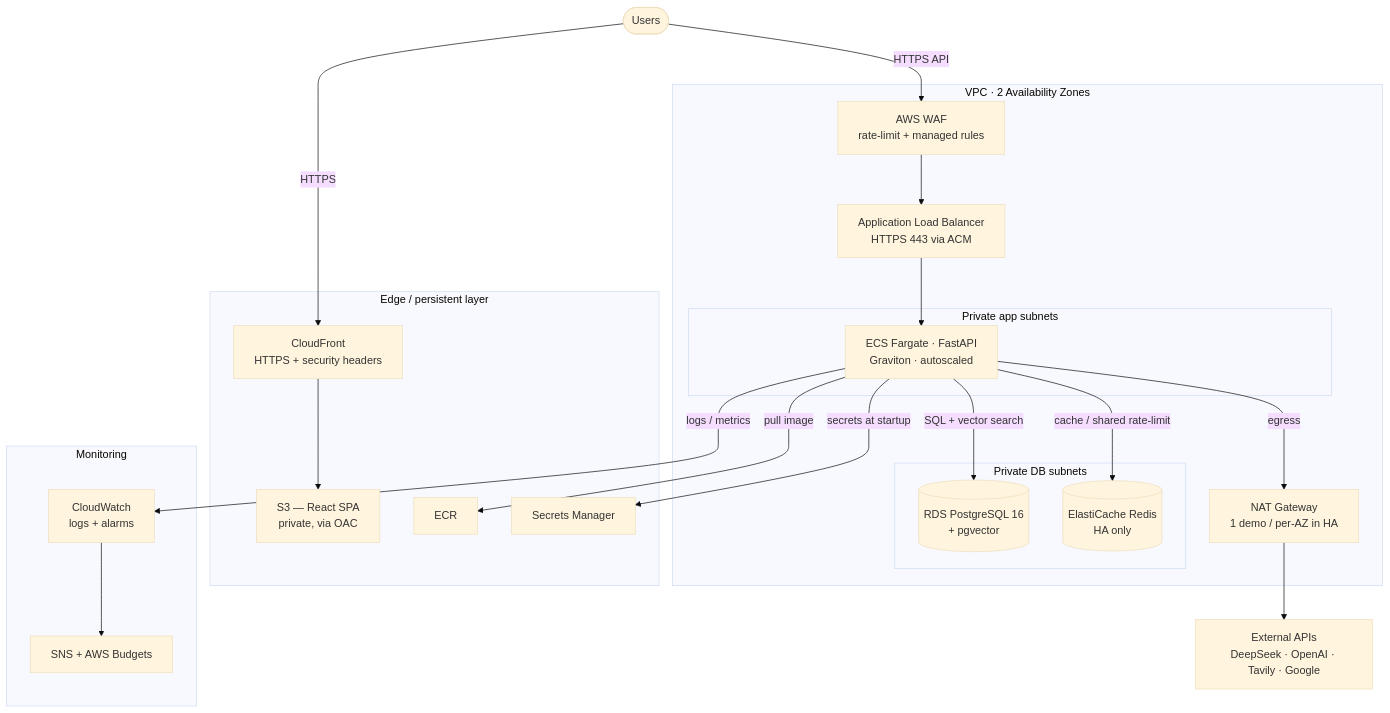
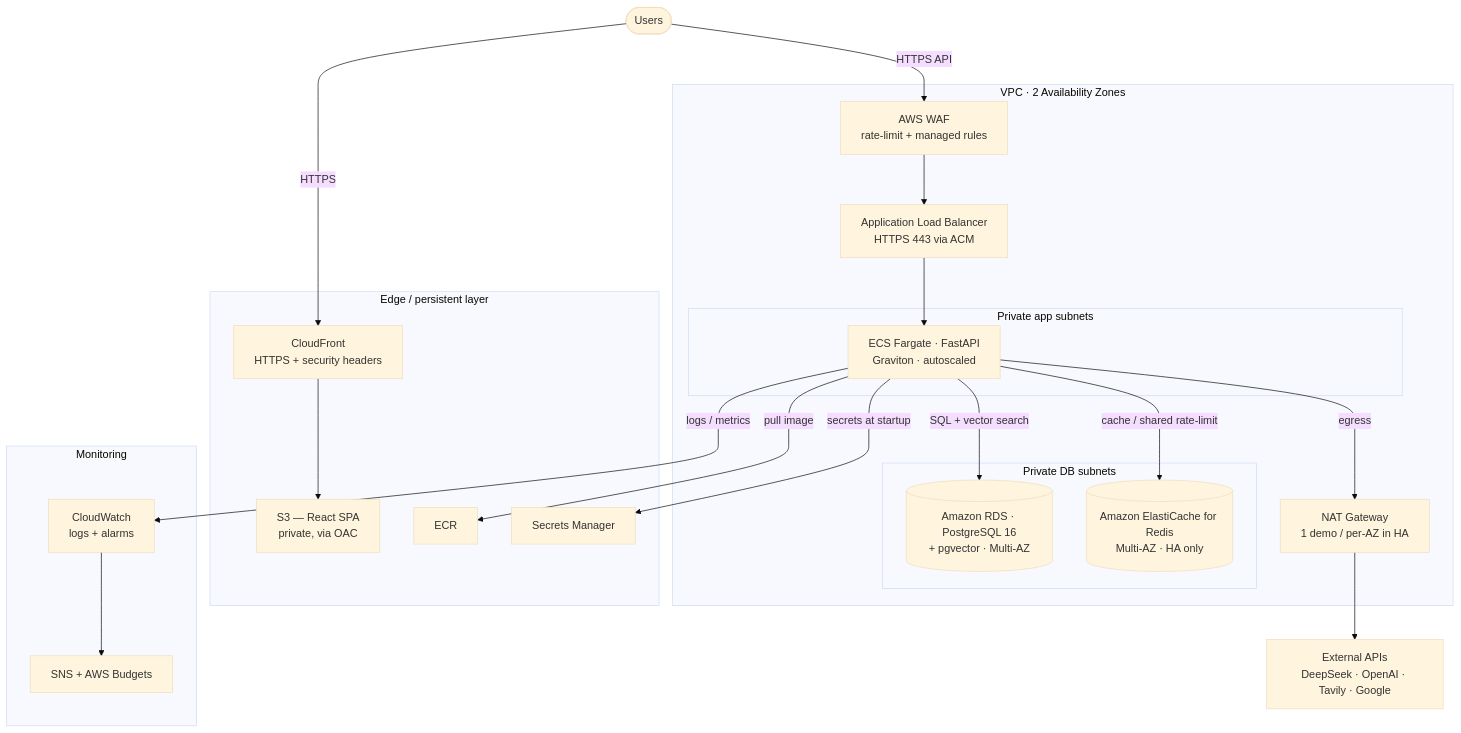
Before and after one commit to amdhd/aether: the diagram in README.md, drawn with Mermaid (base theme). The commit also changed other lines of this file, not shown here.

First line of the commit message:
docs: use full AWS service names in the architecture diagram/labels

````diff
--- a/README.md
+++ b/README.md
@@ -21,40 +21,40 @@
 ```mermaid
 flowchart TB
     users([Users])
     ext["External APIs<br/>DeepSeek · OpenAI · Tavily · Google"]
 
     subgraph edge["Edge / persistent layer"]
         cf["CloudFront<br/>HTTPS + security headers"]
         s3["S3 — React SPA<br/>private, via OAC"]
         ecr["ECR"]
         sm["Secrets Manager"]
     end
 
     subgraph vpc["VPC · 2 Availability Zones"]
         waf["AWS WAF<br/>rate-limit + managed rules"]
         alb["Application Load Balancer<br/>HTTPS 443 via ACM"]
         subgraph app["Private app subnets"]
             ecs["ECS Fargate · FastAPI<br/>Graviton · autoscaled"]
         end
         subgraph db["Private DB subnets"]
-            rds[("RDS PostgreSQL 16<br/>+ pgvector")]
-            redis[("ElastiCache Redis<br/>HA only")]
+            rds[("Amazon RDS · PostgreSQL 16<br/>+ pgvector · Multi-AZ")]
+            redis[("Amazon ElastiCache for Redis<br/>Multi-AZ · HA only")]
         end
         nat["NAT Gateway<br/>1 demo / per-AZ in HA"]
     end
 
     subgraph obs["Monitoring"]
         cw["CloudWatch<br/>logs + alarms"]
         sns["SNS + AWS Budgets"]
     end
 
     users -->|HTTPS| cf --> s3
     users -->|HTTPS API| waf --> alb --> ecs
     ecs -->|SQL + vector search| rds
     ecs -->|cache / shared rate-limit| redis
     ecs -->|secrets at startup| sm
     ecs -->|pull image| ecr
     ecs -->|logs / metrics| cw
     ecs -->|egress| nat --> ext
     cw --> sns
 ```
````
